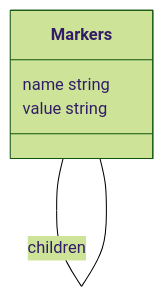
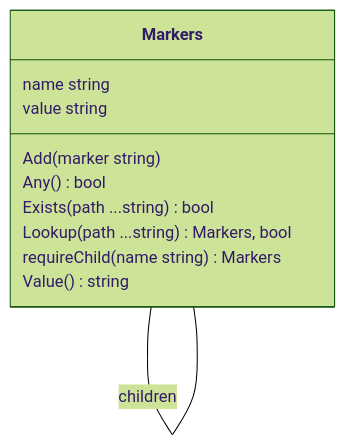
One commit to theunrepentantgeek/crddoc changed the fifth of 17 diagrams in docs/model/model.md. Above: the diagram before and after it, drawn with Mermaid (forest theme). The commit also changed other lines of this file and 8 other files, not shown here.

````diff
--- a/docs/model/model.md
+++ b/docs/model/model.md
@@ -174,21 +236,29 @@
 ```mermaid
 ---
   config:
     class:
       hideEmptyMembersBox: true
 ---
 classDiagram
 
 class Markers["Markers"]{  
       name string  
-      value string
+      value string  
+      Add(marker string)  
+      Any()bool  
+      Exists(path ...string)bool  
+      Lookup(path ...string)Markers, bool  
+      requireChild(name string)Markers  
+      Value()string
 
 
 } 
 
+Markers -- Markers : children 
 
 Markers -- Markers : children 
 
 class Markers["Markers"]
+class Markers["Markers"]
 
 ```
````
